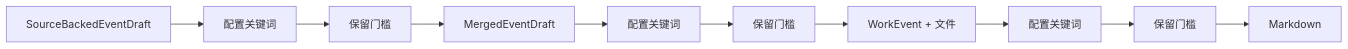
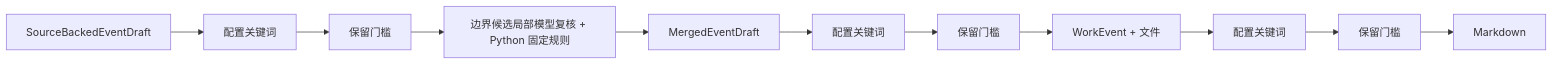
Before and after one commit to sunweisheng/WorkTrace: the third of 4 diagrams in docs/detailed-design.md, drawn with Mermaid. The commit also changed other lines of this file and 28 other files, not shown here.

````diff
--- a/docs/detailed-design.md
+++ b/docs/detailed-design.md
@@ -252,7 +271,8 @@
 ```mermaid
 flowchart LR
     A["SourceBackedEventDraft"] --> F1["配置关键词"] --> R1["保留门槛"]
-    R1 --> B["MergedEventDraft"] --> F2["配置关键词"] --> R2["保留门槛"]
+    R1 --> V["边界候选局部模型复核 + Python 固定规则"]
+    V --> B["MergedEventDraft"] --> F2["配置关键词"] --> R2["保留门槛"]
     R2 --> C["WorkEvent + 文件"] --> F3["配置关键词"] --> R3["保留门槛"]
     R3 --> D["Markdown"]
 ```
````
